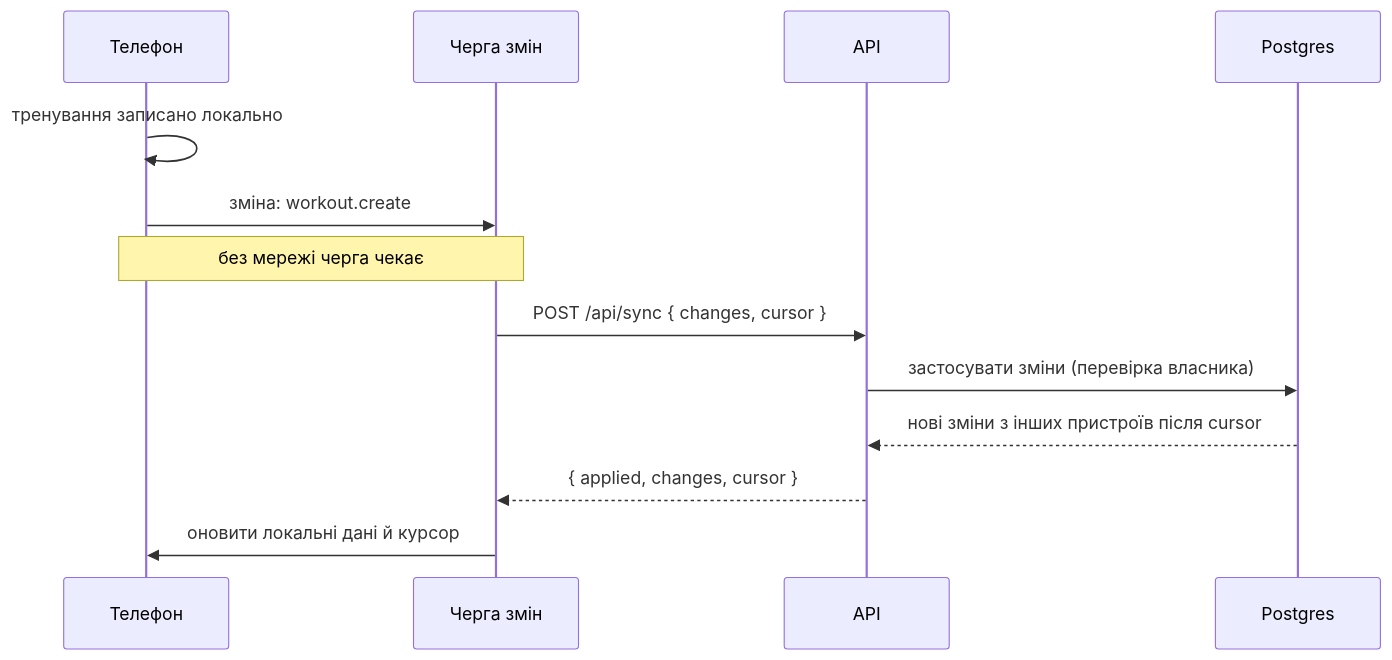
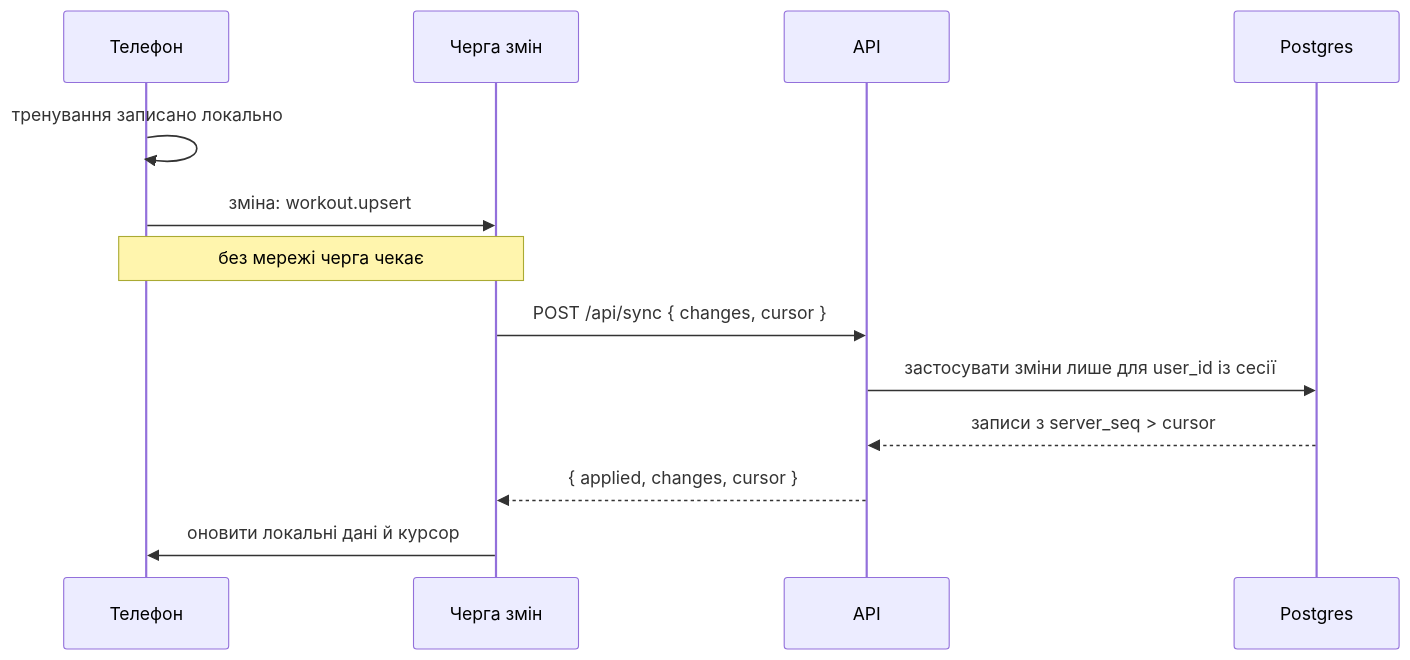
The fifth of 8 diagrams in docs/backend.md (tsukanovSerhii/FitPulse), drawn with Mermaid before and after one commit. The commit also changed other lines of this file and 4 other files, not shown here.

````diff
--- a/docs/backend.md
+++ b/docs/backend.md
@@ -162,15 +195,15 @@
 ```mermaid
 sequenceDiagram
   participant P as Телефон
   participant Q as Черга змін
   participant A as API
   participant D as Postgres
   P->>P: тренування записано локально
-  P->>Q: зміна: workout.create
+  P->>Q: зміна: workout.upsert
   Note over P,Q: без мережі черга чекає
   Q->>A: POST /api/sync { changes, cursor }
-  A->>D: застосувати зміни (перевірка власника)
-  D-->>A: нові зміни з інших пристроїв після cursor
+  A->>D: застосувати зміни лише для user_id із сесії
+  D-->>A: записи з server_seq > cursor
   A-->>Q: { applied, changes, cursor }
   Q->>P: оновити локальні дані й курсор
 ```
````
